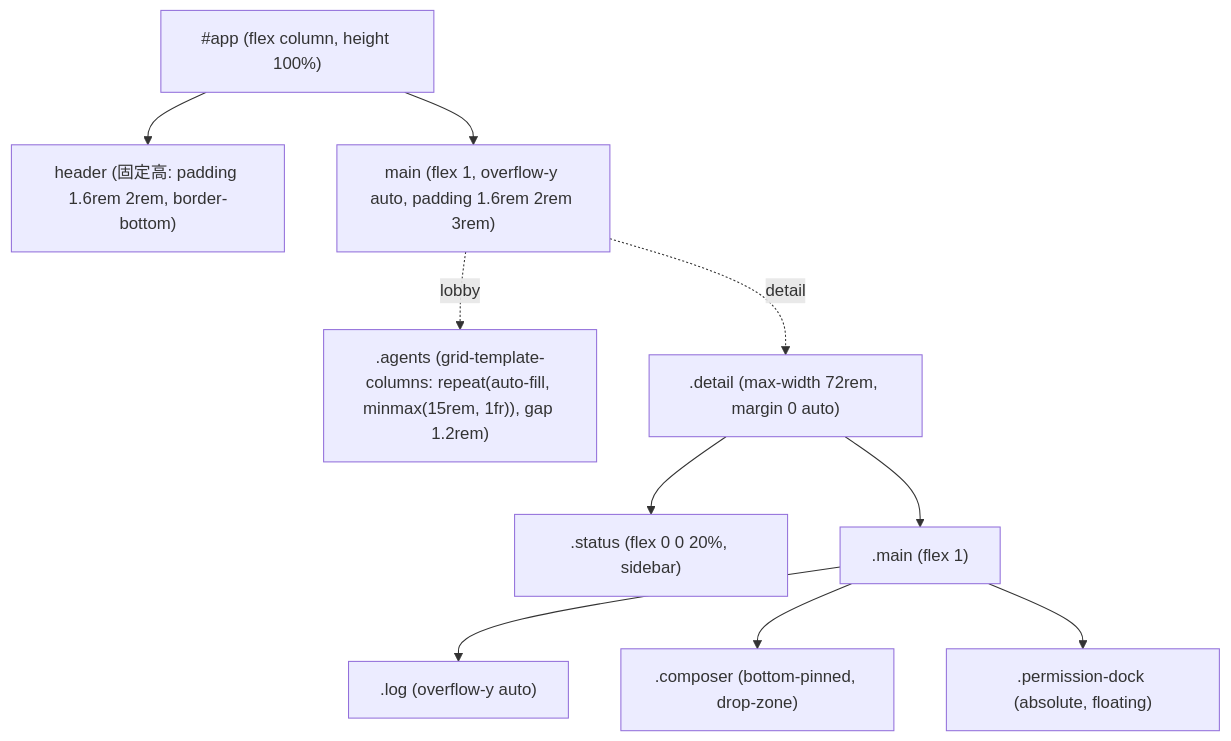
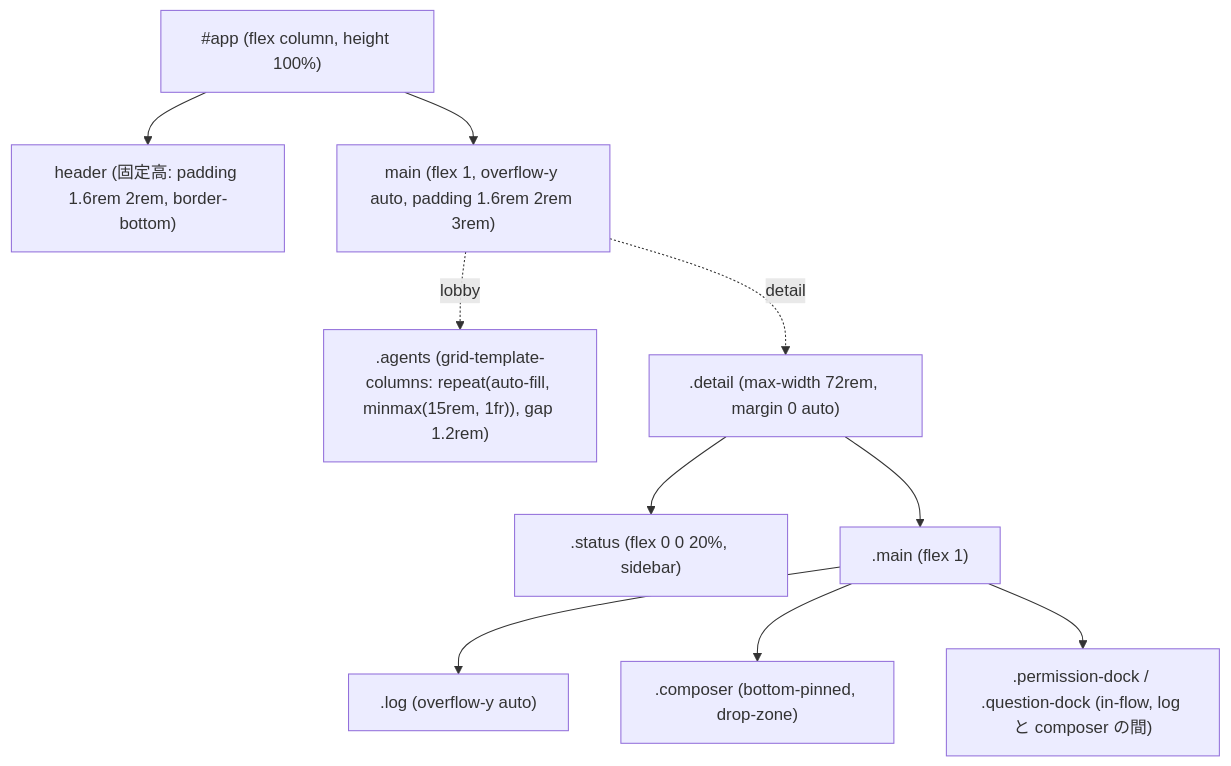
One commit to sakuraiyuta/kaoiro changed the diagram in docs/specs/design.md. Above: the diagram before and after it, drawn with Mermaid. The commit also changed other lines of this file and 8 other files, not shown here.

````diff
--- a/docs/specs/design.md
+++ b/docs/specs/design.md
@@ -242,23 +242,23 @@
 ```mermaid
 flowchart TB
   root["#app (flex column, height 100%)"]
   header["header (固定高: padding 1.6rem 2rem, border-bottom)"]
   main["main (flex 1, overflow-y auto, padding 1.6rem 2rem 3rem)"]
   grid[".agents (grid-template-columns: repeat(auto-fill, minmax(15rem, 1fr)), gap 1.2rem)"]
   detail[".detail (max-width 72rem, margin 0 auto)"]
   status[".status (flex 0 0 20%, sidebar)"]
   body[".main (flex 1)"]
   log[".log (overflow-y auto)"]
   composer[".composer (bottom-pinned, drop-zone)"]
-  dock[".permission-dock (absolute, floating)"]
+  dock[".permission-dock / .question-dock (in-flow, log と composer の間)"]
 
   root --> header
   root --> main
   main -. lobby .-> grid
   main -. detail .-> detail
   detail --> status
   detail --> body
   body --> log
   body --> composer
   body --> dock
 ```
````
